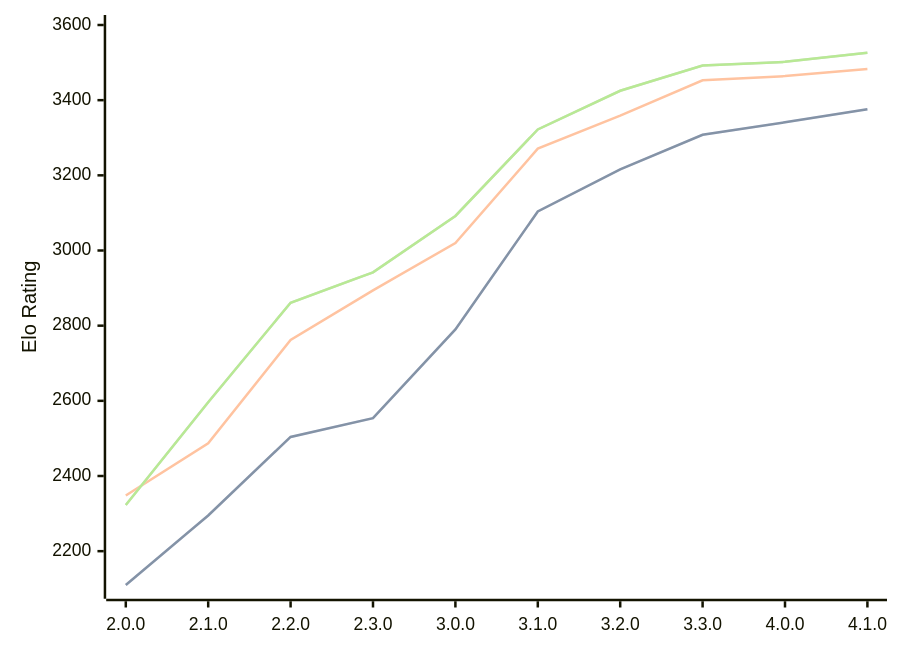
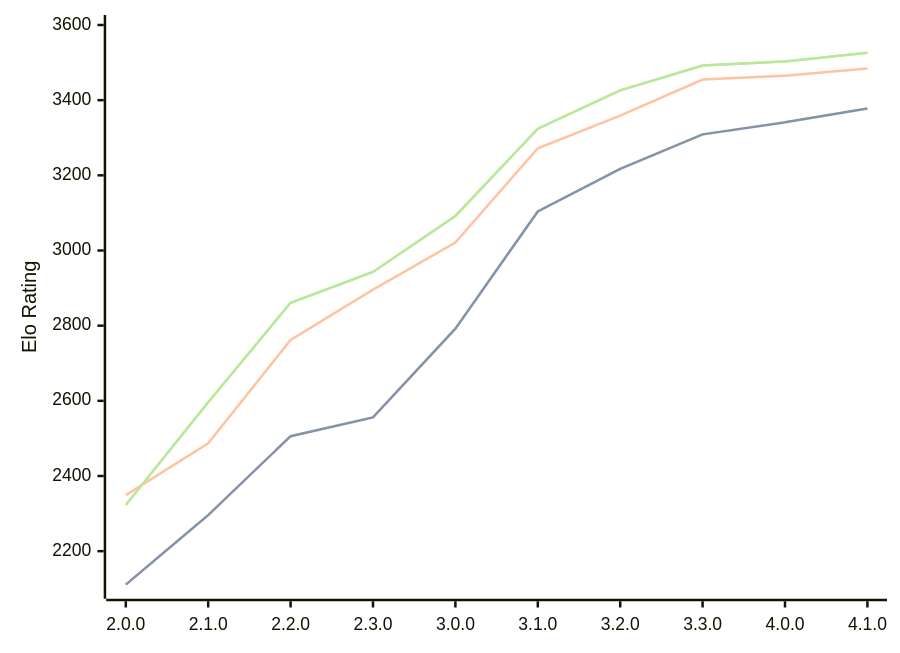
One commit to computer-chess-index/cci changed the first of 3 diagrams in engines/Raphael.md. Above: the diagram before and after it, drawn with Mermaid. The commit also changed other lines of this file, not shown here.

Commit message:
Update CCI Ratings (ELO VLTC) - 2026-06-23

````diff
--- a/engines/Raphael.md
+++ b/engines/Raphael.md
@@ -52,11 +52,11 @@
 ```mermaid
 %%{init: {"theme":"base","themeVariables":{"seriesColors:['#a3a3a3','#222221','#faa371']}}}%%
 xychart-beta
   x-axis ["2.0.0", "2.1.0", "2.2.0", "2.3.0", "3.0.0", "3.1.0", "3.2.0", "3.3.0", "4.0.0", "4.1.0"]
   y-axis "Elo Rating" 2100 --> 3600
-  line "STC (8.0+0.08s)" [2110, 2295, 2504, 2554, 2790, 3104, 3216, 3308, 3341, 3376]
-  line "STC (8.0+0.08s)" [2110, 2295, 2504, 2554, 2790, 3104, 3216, 3308, 3341, 3376]
-  line "LTC (60.0+0.60s)" [2348, 2487, 2762, 2894, 3020, 3271, 3359, 3453, 3464, 3483]
-  line "VLTC (2m24s+1.12s)" [2323, 2596, 2861, 2942, 3092, 3322, 3425, 3492, 3502, 3526]
-  line "VLTC (2m24s+1.12s)" [2323, 2596, 2861, 2942, 3092, 3322, 3425, 3492, 3502, 3526]
+  line "STC (8.0+0.08s)" [2111, 2296, 2506, 2556, 2792, 3104, 3217, 3309, 3341, 3378]
+  line "STC (8.0+0.08s)" [2111, 2296, 2506, 2556, 2792, 3104, 3217, 3309, 3341, 3378]
+  line "LTC (60.0+0.60s)" [2349, 2487, 2762, 2896, 3021, 3272, 3359, 3455, 3465, 3484]
+  line "VLTC (2m24s+1.12s)" [2323, 2596, 2861, 2943, 3092, 3324, 3426, 3492, 3503, 3526]
+  line "VLTC (2m24s+1.12s)" [2323, 2596, 2861, 2943, 3092, 3324, 3426, 3492, 3503, 3526]
 ```
````
